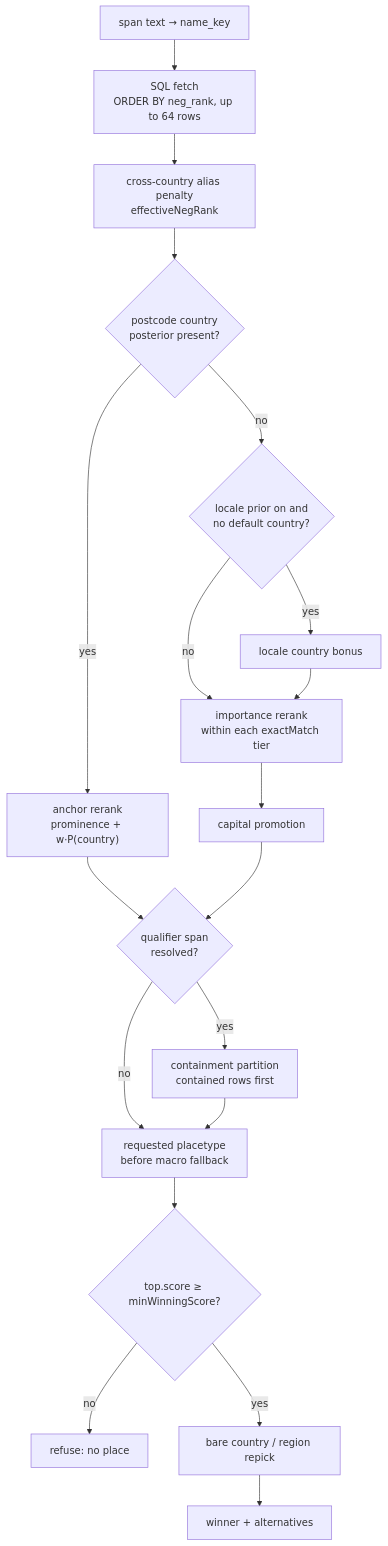
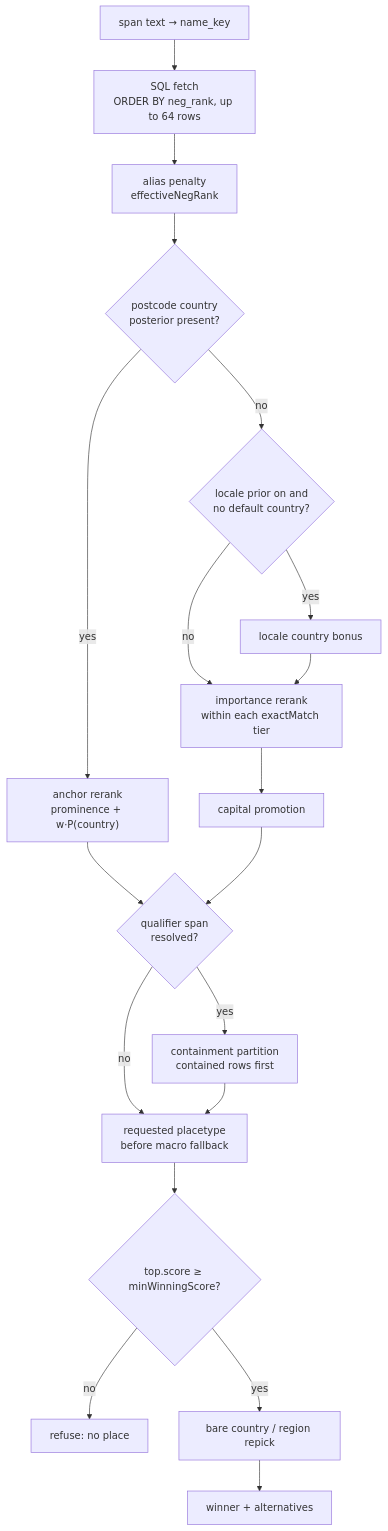
Before and after one commit to sister-software/mailwoman: the first of 2 diagrams in docs/engineering/reference/place-ranking.mdx, drawn with Mermaid. The commit also changed other lines of this file and 622 other files, not shown here.

````diff
--- a/docs/engineering/reference/place-ranking.mdx
+++ b/docs/engineering/reference/place-ranking.mdx
@@ -21,21 +21,21 @@
 ```mermaid
 flowchart TD
     A["span text → name_key"] --> B["SQL fetch<br/>ORDER BY neg_rank, up to 64 rows"]
-    B --> C["cross-country alias penalty<br/>effectiveNegRank"]
+    B --> C["alias penalty<br/>effectiveNegRank"]
     C --> D{"postcode country<br/>posterior present?"}
     D -- yes --> E["anchor rerank<br/>prominence + w·P(country)"]
     D -- no --> F{"locale prior on and<br/>no default country?"}
     F -- yes --> G["locale country bonus"]
     F -- no --> H
     G --> H["importance rerank<br/>within each exactMatch tier"]
     H --> I["capital promotion"]
     E --> J
     I --> J{"qualifier span<br/>resolved?"}
     J -- yes --> K["containment partition<br/>contained rows first"]
     J -- no --> L
     K --> L["requested placetype<br/>before macro fallback"]
     L --> M{"top.score ≥ minWinningScore?"}
     M -- no --> N["refuse: no place"]
     M -- yes --> O["bare country / region repick"]
     O --> P["winner + alternatives"]
 ```
````
